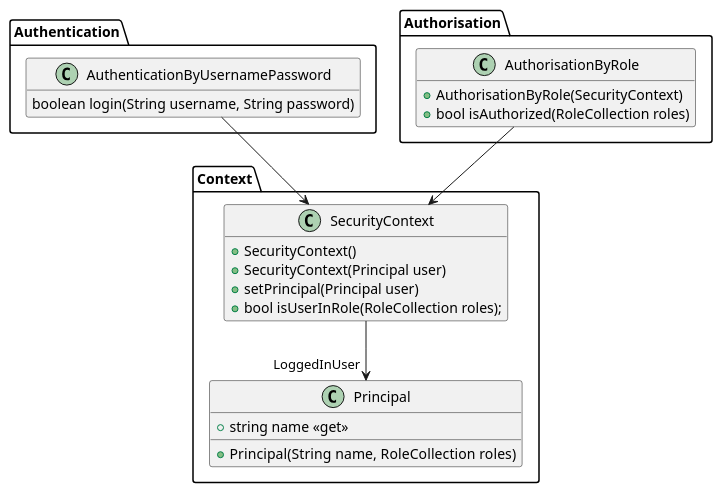
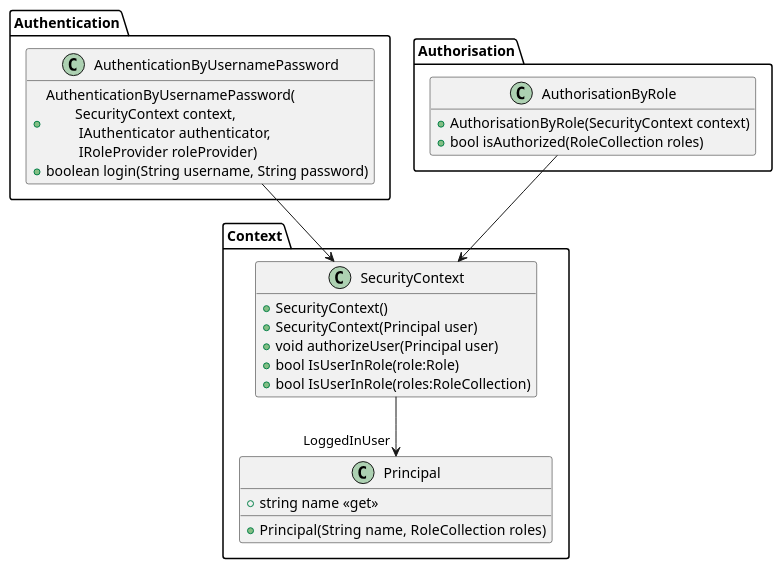
One commit to hansvheumen/RBAC changed the diagram in docs/diagrams/src/RBAC.adoc. Above: the diagram before and after it, drawn with PlantUML. The commit also changed 14 other files, not shown here.

Commit message:
added RBOC concept diagram

```diff
--- a/docs/diagrams/src/RBAC.adoc
+++ b/docs/diagrams/src/RBAC.adoc
@@ -1,64 +1,58 @@
 [plantuml, class-diagram, svg]
 ----
 @startuml RBAC
 hide empty methods
 hide empty members
 ' Styles for the Context diagram.
 ' skinparam handwritten true
 skinparam defaultTextAlignment center
 skinparam DefaultFontName "Ink Free"
 ' Define the system context.
 ' ** = bold
 
 
 namespace Context <<Folder>> {
 
     class          SecurityContext{
         + SecurityContext()
         + SecurityContext(Principal user)
-        + setPrincipal(Principal user)
-        + bool isUserInRole(RoleCollection roles);
+        + void authorizeUser(Principal user)
+        + bool IsUserInRole(role:Role)
+        + bool IsUserInRole(roles:RoleCollection)
     }
 
     class Principal {
         + Principal(String name,  RoleCollection roles)
         + string name <<get>>
     }
 
     SecurityContext --> "LoggedInUser" Principal
 }
 
 
 namespace Authentication <<Folder>> {
 
-    class          AuthenticationByUsernamePassword{
-     boolean login(String username, String password)	
+    class         AuthenticationByUsernamePassword{
+        + AuthenticationByUsernamePassword(\n        SecurityContext context, \n         IAuthenticator authenticator,   \n         IRoleProvider roleProvider)
+     + boolean login(String username, String password)	
     }
     AuthenticationByUsernamePassword --> SecurityContext
 
+    
 
 }
 
 
 namespace Authorisation <<Folder>> {
     class AuthorisationByRole {
-        + AuthorisationByRole(SecurityContext)
+        + AuthorisationByRole(SecurityContext context)
         + bool isAuthorized(RoleCollection roles)
     }
  
     AuthorisationByRole --> SecurityContext
 }
 
-' namespace BussinessService <<Folder>> {
-' 
-    'class          ProductService {
-'     + void listProducts()
- '    + void addProductToShoppingcard()
-  '   + void removeProduct(Product product)
-'}
- '   ProductService --> Authorisation
 
-'}
 
 @enduml
 ----
```
